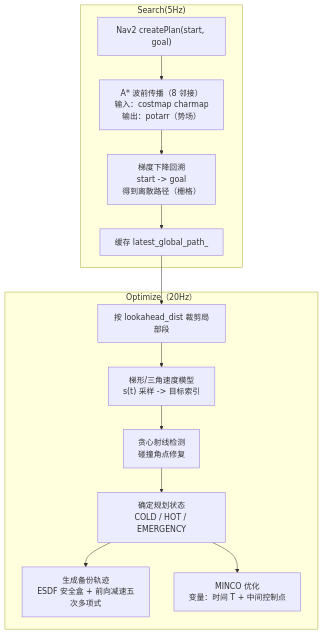
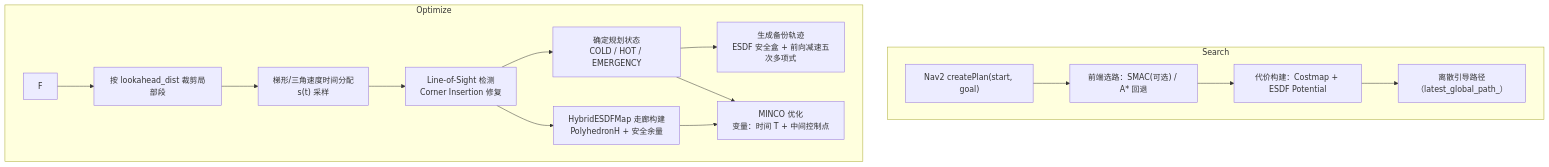
Before and after one commit to Walker152/navi_minco_bit: the second of 2 diagrams in src/navigation/minco_planner/README.md, drawn with Mermaid. The commit also changed other lines of this file and 2 other files, not shown here.

````diff
--- a/src/navigation/minco_planner/README.md
+++ b/src/navigation/minco_planner/README.md
@@ -35,18 +71,20 @@
 ```mermaid
 flowchart TD
-  subgraph S["Search(5Hz)"]
+  subgraph S["Search"]
     A["Nav2 createPlan(start, goal)"] --> 
-    C["A* 波前传播（8 邻接）<br/>输入：costmap charmap<br/>输出：potarr（势场）"]
-    C --> D["梯度下降回溯<br/>start -> goal<br/>得到离散路径（栅格）"]
-    D --> F["缓存 latest_global_path_"]
+    B["前端选路：SMAC(可选) / A* 回退"]
+    B --> C["代价构建：Costmap + ESDF Potential"]
+    C --> D["离散引导路径（latest_global_path_）"]
 end
-  subgraph O["Optimize（20Hz）"]
+  subgraph O["Optimize"]
     H["按 lookahead_dist 裁剪局部段"]
-    H --> J["梯形/三角速度模型<br/>s(t) 采样 -> 目标索引"]
-    J --> K["贪心射线检测<br/>碰撞角点修复"]
+    H --> J["梯形/三角速度时间分配<br/>s(t) 采样"]
+    J --> K["Line-of-Sight 检测<br/>Corner Insertion 修复"]
+    K --> K2["HybridESDFMap 走廊构建<br/>PolyhedronH + 安全余量"]
     K --> L["确定规划状态<br/>COLD / HOT / EMERGENCY"]
     L --> M["生成备份轨迹<br/>ESDF 安全盒 + 前向减速五次多项式"]
-    L --> N["MINCO 优化<br/>变量：时间 T + 中间控制点"]
+    K2 --> N["MINCO 优化<br/>变量：时间 T + 中间控制点"]
+    L --> N
     F --> H
   end
 ```
````
